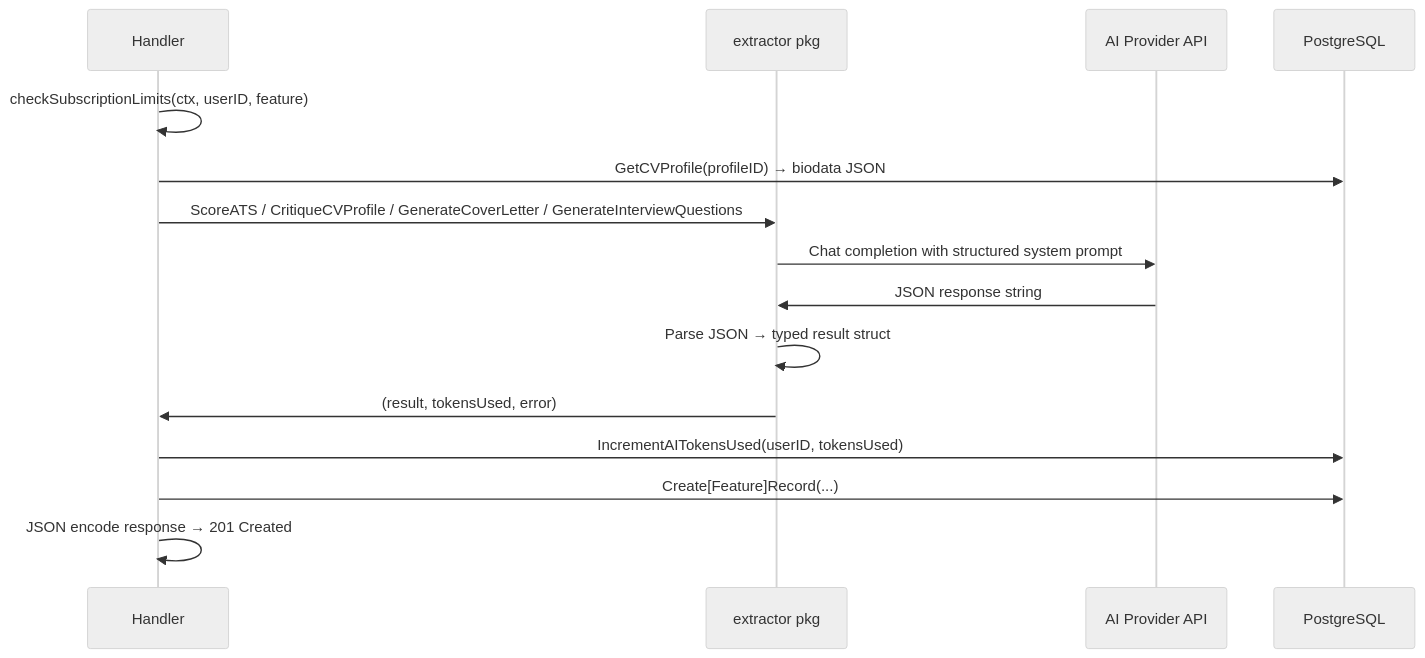
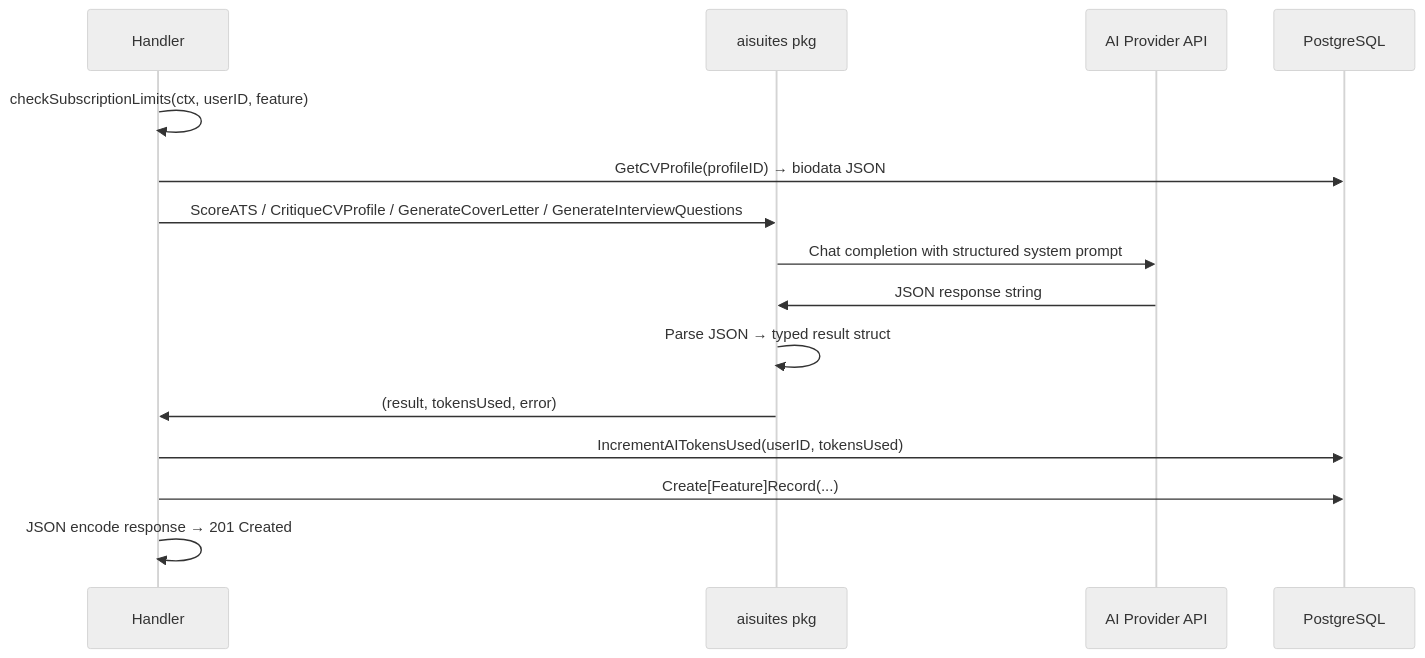
One commit to SemmiDev/atstex-lab changed the sixth of 8 diagrams in KNOWLEDGE_GRAPH.md. Above: the diagram before and after it, drawn with Mermaid (neutral theme). The commit also changed other lines of this file and 25 other files, not shown here.

First line of the commit message:
refactor: rename extractor package to aisuites

````diff
--- a/KNOWLEDGE_GRAPH.md
+++ b/KNOWLEDGE_GRAPH.md
@@ -653,18 +653,18 @@
 ```mermaid
 sequenceDiagram
     participant H as Handler
-    participant E as extractor pkg
+    participant E as aisuites pkg
     participant LLM as AI Provider API
     participant DB as PostgreSQL
 
     H->>H: checkSubscriptionLimits(ctx, userID, feature)
     H->>DB: GetCVProfile(profileID) → biodata JSON
     H->>E: ScoreATS / CritiqueCVProfile / GenerateCoverLetter / GenerateInterviewQuestions
     E->>LLM: Chat completion with structured system prompt
     LLM->>E: JSON response string
     E->>E: Parse JSON → typed result struct
     E->>H: (result, tokensUsed, error)
     H->>DB: IncrementAITokensUsed(userID, tokensUsed)
     H->>DB: Create[Feature]Record(...)
     H->>H: JSON encode response → 201 Created
 ```
````
